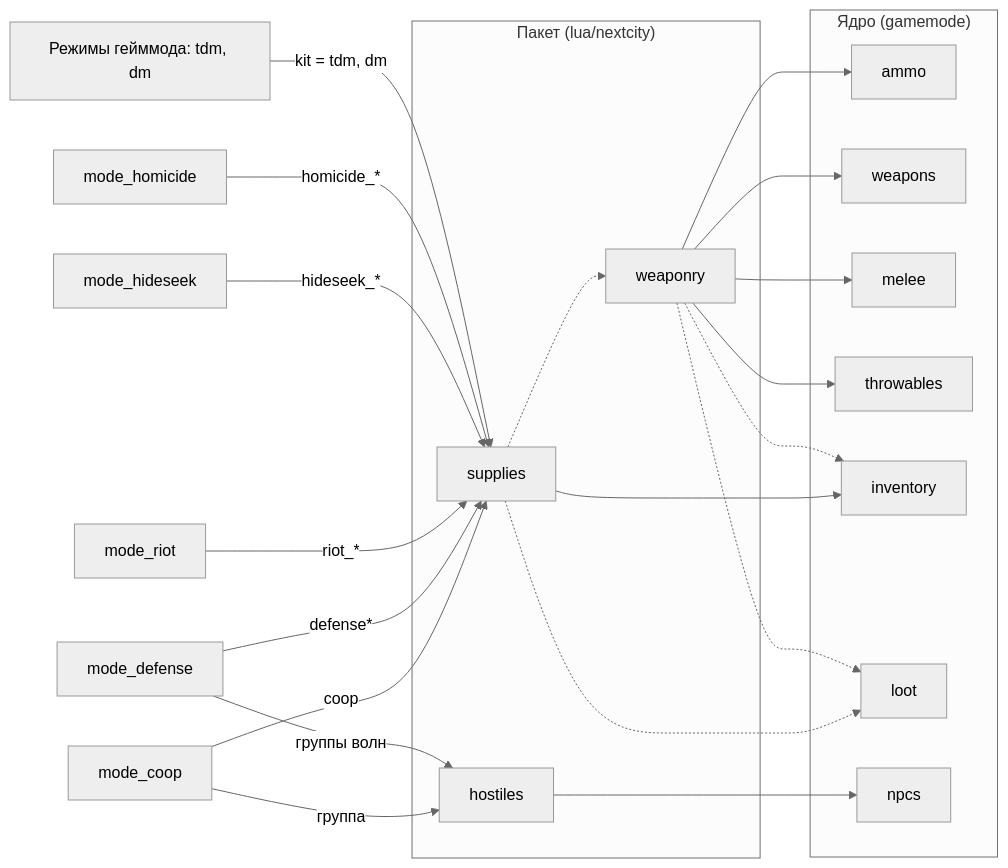
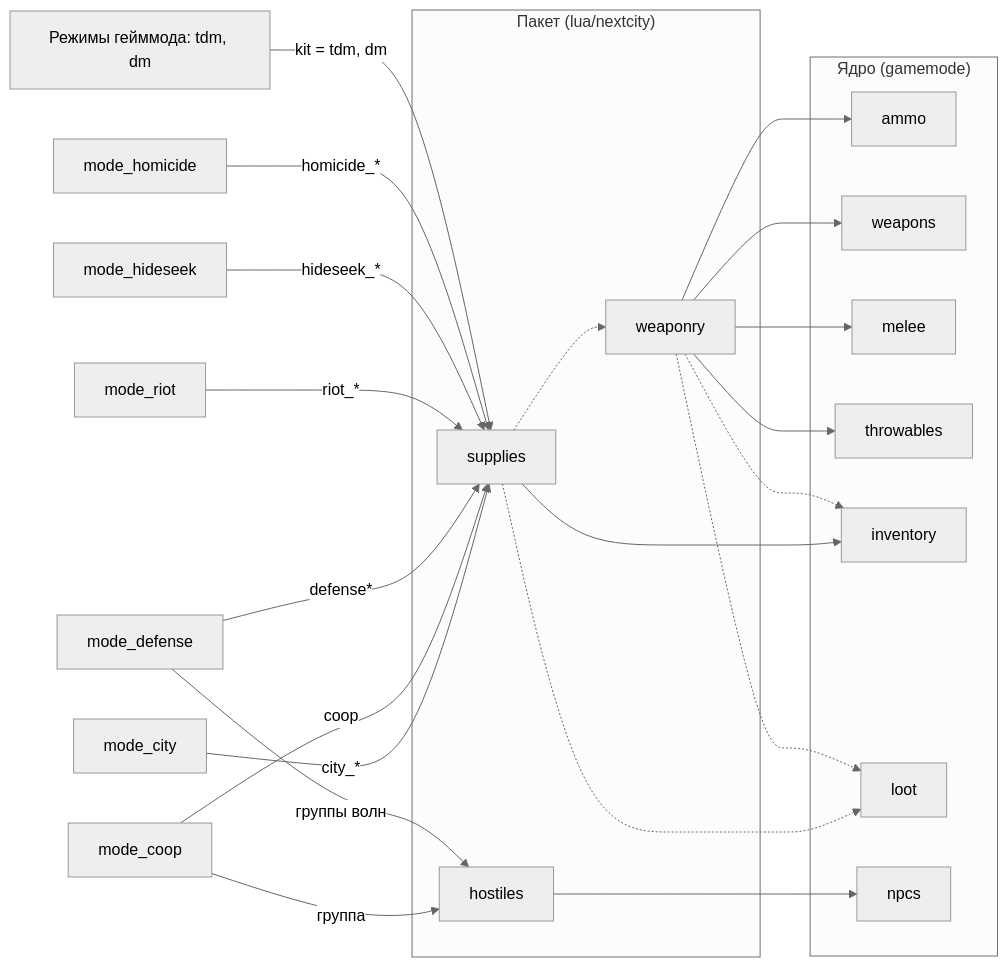
The diagram in lua/nextcity/README.md (vovawees/Next-City), drawn with Mermaid (neutral theme) before and after one commit. The commit also changed other lines of this file and 23 other files, not shown here.

First line of the commit message:
feat(mode_city): City, the endless round of jobs with limits, salaries and gear

````diff
--- a/lua/nextcity/README.md
+++ b/lua/nextcity/README.md
@@ -31,21 +33,22 @@
 ```mermaid
 flowchart LR
 	subgraph core["Ядро (gamemode)"]
 		A[ammo] & W[weapons] & M[melee] & T[throwables] & I[inventory] & L[loot] & N[npcs]
 	end
 	subgraph pack["Пакет (lua/nextcity)"]
 		WY[weaponry] --> A & W & M & T
 		WY -.-> I & L
 		S[supplies] --> I
 		S -.-> L & WY
 		HO[hostiles] --> N
 	end
 	R["Режимы гейммода: tdm, dm"] -- "kit = tdm, dm" --> S
 	H[mode_homicide] -- "homicide_*" --> S
 	HS[mode_hideseek] -- "hideseek_*" --> S
 	RT[mode_riot] -- "riot_*" --> S
 	D[mode_defense] -- "defense*" --> S
 	D -- "группы волн" --> HO
 	C[mode_coop] -- "coop" --> S
 	C -- "группа" --> HO
+	CT[mode_city] -- "city_*" --> S
 ```
````
